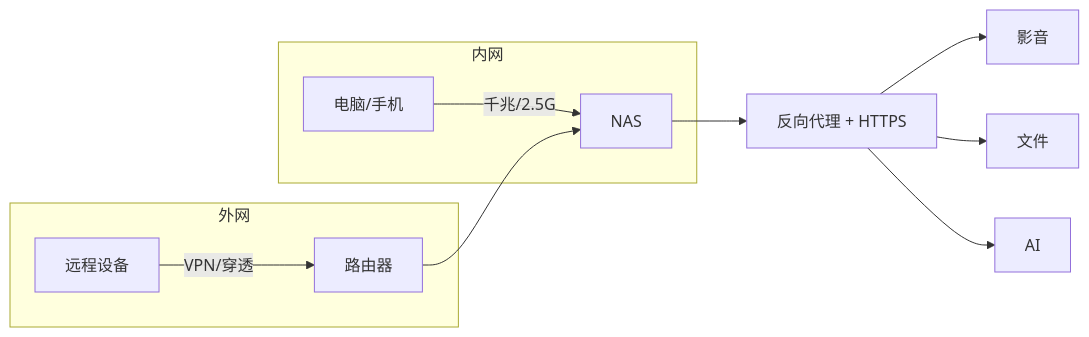
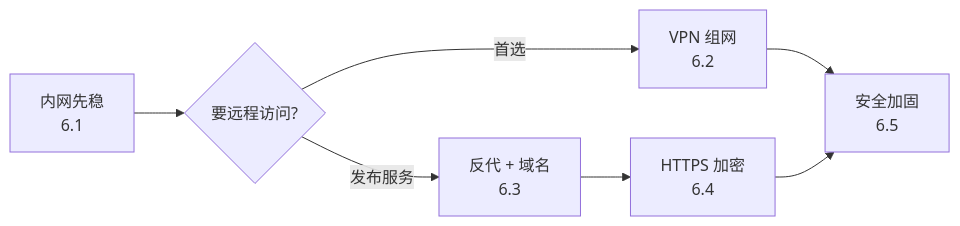
Before and after one commit to cv-superding/nas-guide: the diagram in docs/06-网络与远程访问/README.md, drawn with Mermaid. The commit also changed other lines of this file and 1 other file, not shown here.

First line of the commit message:
docs(重构): 重写第6、7章概览,加入配图与社区来源

````diff
--- a/docs/06-网络与远程访问/README.md
+++ b/docs/06-网络与远程访问/README.md
@@ -34,14 +25,8 @@
 ```mermaid
 flowchart LR
-    subgraph 内网
-        PC[电脑/手机] -->|千兆/2.5G| NAS
-    end
-    subgraph 外网
-        Remote[远程设备] -->|VPN/穿透| Router[路由器]
-        Router --> NAS
-    end
-    NAS --> Proxy[反向代理 + HTTPS]
-    Proxy --> S1[影音]
-    Proxy --> S2[文件]
-    Proxy --> S3[AI]
+    A[内网先稳<br/>6.1] --> B{要远程访问?}
+    B -->|首选| C[VPN 组网<br/>6.2]
+    B -->|发布服务| D[反代 + 域名<br/>6.3]
+    D --> E[HTTPS 加密<br/>6.4]
+    C & E --> F[安全加固<br/>6.5]
 ```
````
